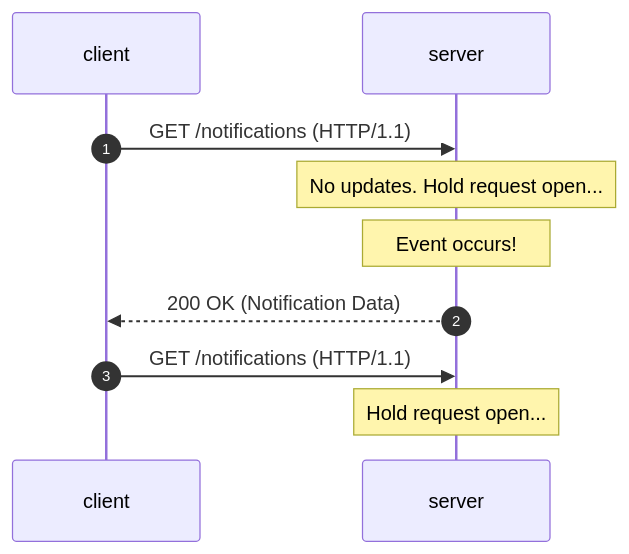
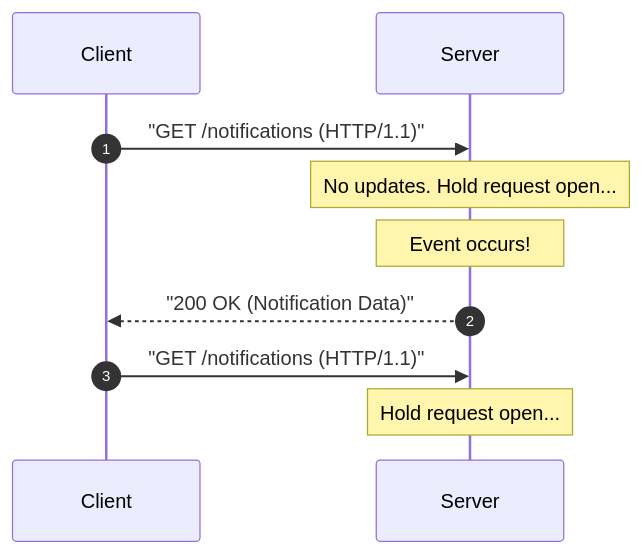
Before and after one commit to weifengcao/deep_system_design: the second of 7 diagrams in Patterns/01_realtime_updates.md, drawn with Mermaid. The commit also changed other lines of this file and 1 other file, not shown here.

First line of the commit message:
fix: resolve remaining Mermaid rendering issues in 01 and 02

````diff
--- a/Patterns/01_realtime_updates.md
+++ b/Patterns/01_realtime_updates.md
@@ -56,10 +58,12 @@
 ```mermaid
 sequenceDiagram
     autonumber
-    client->>server: GET /notifications (HTTP/1.1)
+    participant client as Client
+    participant server as Server
+    client->>server: "GET /notifications (HTTP/1.1)"
     Note over server: No updates. Hold request open...
     Note over server: Event occurs!
-    server-->>client: 200 OK (Notification Data)
-    client->>server: GET /notifications (HTTP/1.1)
+    server-->>client: "200 OK (Notification Data)"
+    client->>server: "GET /notifications (HTTP/1.1)"
     Note over server: Hold request open...
 ```
````
